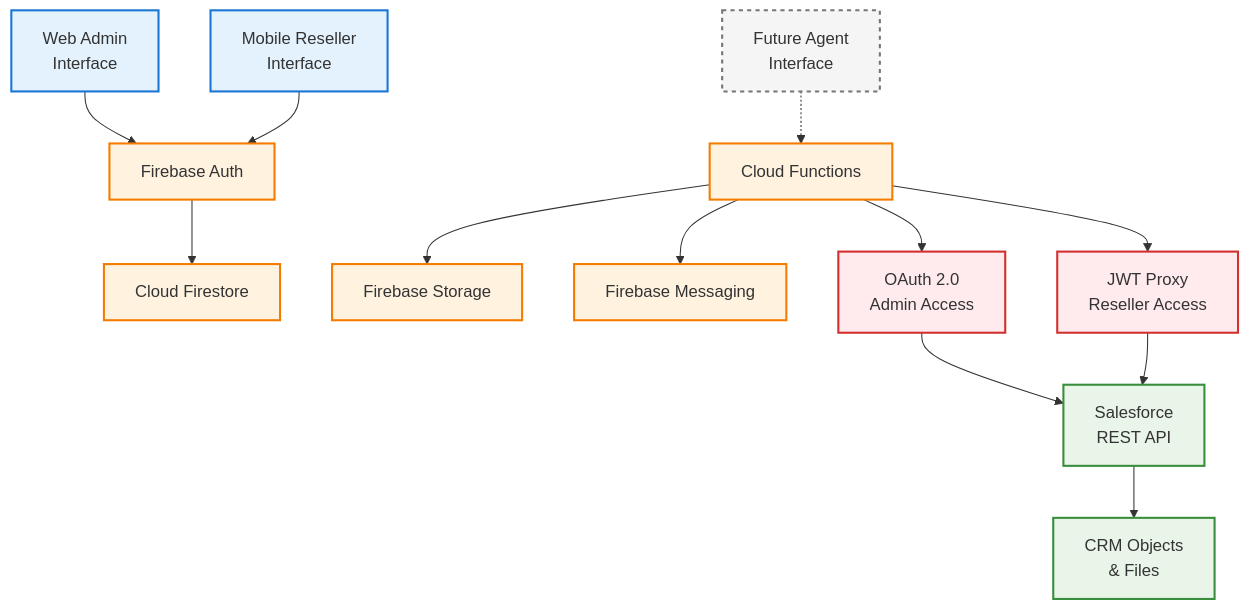
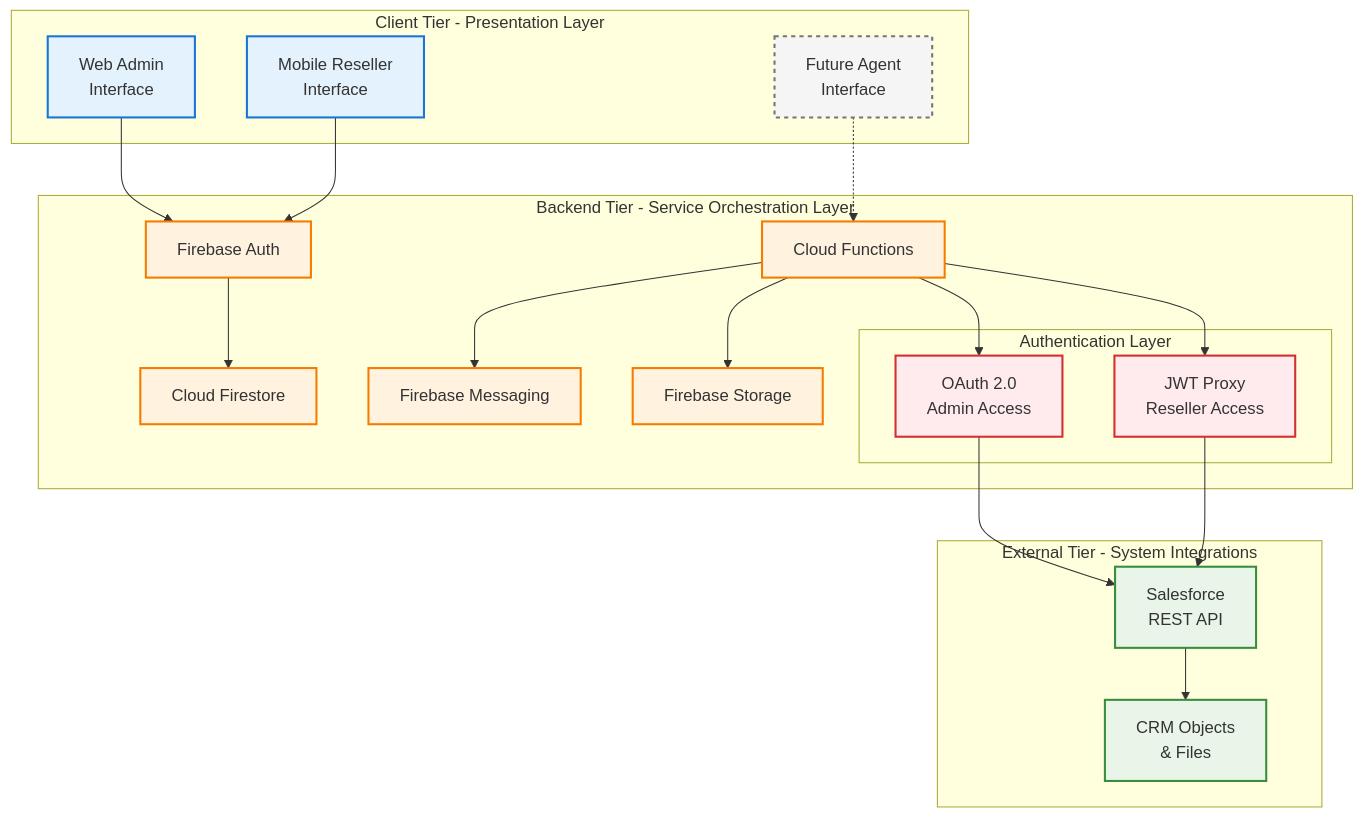
The diagram in docs/twogether_architecture_diagram.md (rodrigocastrolima/twogetherapp), drawn with Mermaid before and after one commit.

Commit message:
diagram v4

````diff
--- a/docs/twogether_architecture_diagram.md
+++ b/docs/twogether_architecture_diagram.md
@@ -5,51 +5,55 @@
 ```mermaid
 graph TD
-    %% Client Tier
-    A["Web Admin<br/>Interface"] 
-    B["Mobile Reseller<br/>Interface"]
-    C["Future Agent<br/>Interface"]
+    subgraph Client["Client Tier - Presentation Layer"]
+        A["Web Admin<br/>Interface"] 
+        B["Mobile Reseller<br/>Interface"]
+        C["Future Agent<br/>Interface"]
+    end
     
-    %% Firebase Backend Services  
-    D["Firebase Auth"]
-    E["Cloud Firestore"]
-    F["Firebase Storage"] 
-    G["Cloud Functions"]
-    H["Firebase Messaging"]
+    subgraph Backend["Backend Tier - Service Orchestration Layer"]
+        D["Firebase Auth"]
+        E["Cloud Firestore"]
+        F["Firebase Storage"] 
+        G["Cloud Functions"]
+        H["Firebase Messaging"]
+        
+        subgraph Auth["Authentication Layer"]
+            I["OAuth 2.0<br/>Admin Access"]
+            J["JWT Proxy<br/>Reseller Access"]
+        end
+    end
     
-    %% Authentication Layer
-    I["OAuth 2.0<br/>Admin Access"]
-    J["JWT Proxy<br/>Reseller Access"]
-    
-    %% Salesforce CRM
-    K["Salesforce<br/>REST API"]
-    L["CRM Objects<br/>& Files"]
+    subgraph External["External Tier - System Integrations"]
+        K["Salesforce<br/>REST API"]
+        L["CRM Objects<br/>& Files"]
+    end
     
     %% Connections - Clean Hierarchy
     A --> D
     B --> D
     C -.-> G
     
     D --> E
     G --> H
     G --> F
     
     G --> I
     G --> J
     I --> K
     J --> K
     K --> L
     
     %% Clean Professional Styling
     style A fill:#e3f2fd,stroke:#1976d2,stroke-width:2px
     style B fill:#e3f2fd,stroke:#1976d2,stroke-width:2px
     style C fill:#f5f5f5,stroke:#757575,stroke-width:2px,stroke-dasharray:4 4
     style D fill:#fff3e0,stroke:#f57c00,stroke-width:2px
     style E fill:#fff3e0,stroke:#f57c00,stroke-width:2px
     style F fill:#fff3e0,stroke:#f57c00,stroke-width:2px
     style G fill:#fff3e0,stroke:#f57c00,stroke-width:2px
     style H fill:#fff3e0,stroke:#f57c00,stroke-width:2px
     style I fill:#ffebee,stroke:#d32f2f,stroke-width:2px
     style J fill:#ffebee,stroke:#d32f2f,stroke-width:2px
     style K fill:#e8f5e8,stroke:#388e3c,stroke-width:2px
     style L fill:#e8f5e8,stroke:#388e3c,stroke-width:2px
 ```
````
